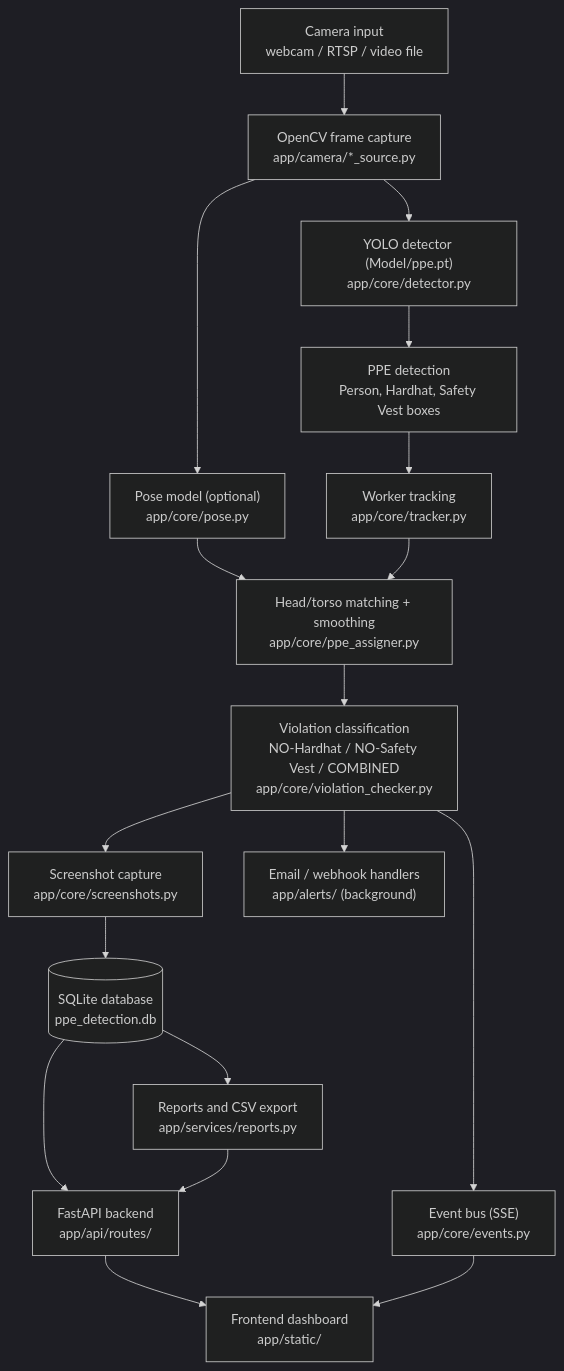
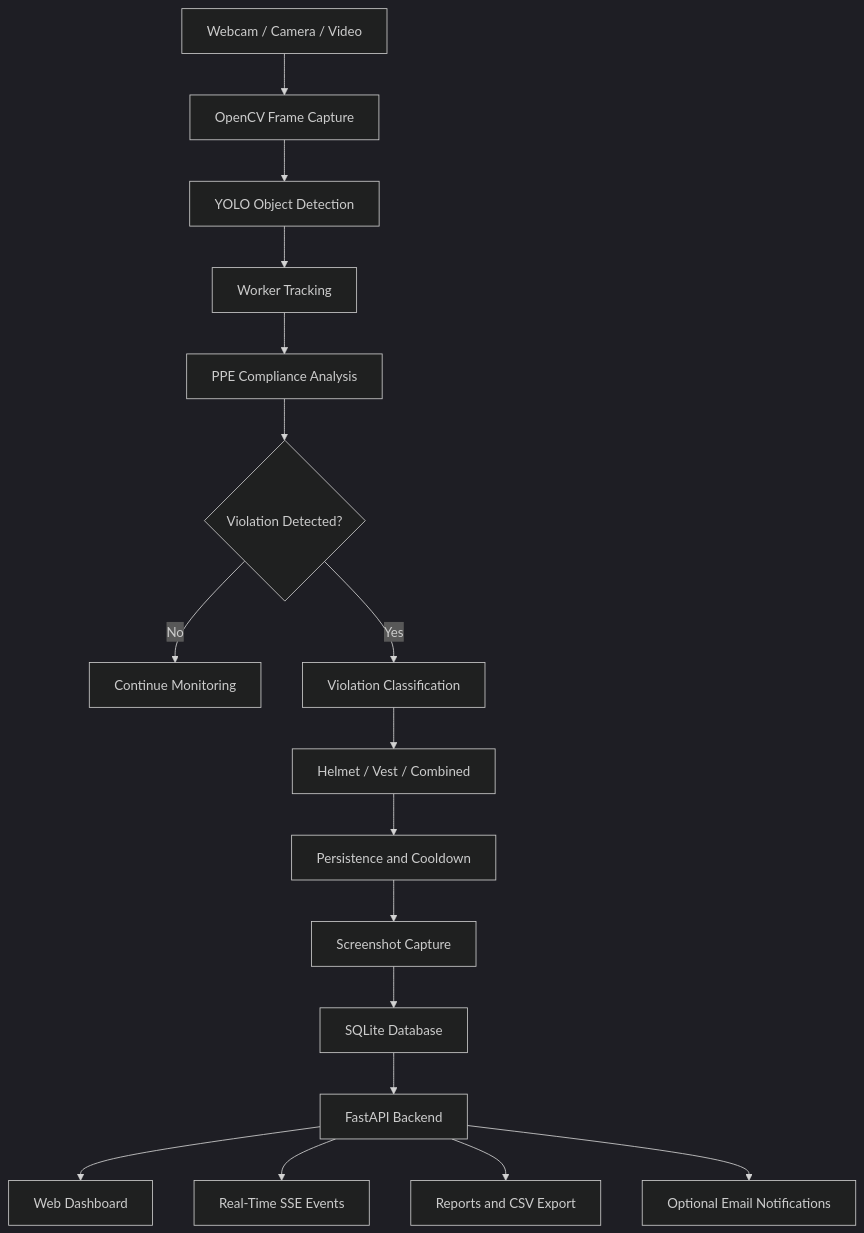
The diagram in README.md (nnaidev02Amer/Construction-PPE-Detection), drawn with Mermaid (dark theme) before and after one commit. The commit also changed other lines of this file, not shown here.

````diff
--- a/README.md
+++ b/README.md
@@ -119,20 +119,19 @@
 ```mermaid
 flowchart TD
-    A["Camera input<br/>webcam / RTSP / video file"] --> B["OpenCV frame capture<br/>app/camera/*_source.py"]
-    B --> C["YOLO detector (Model/ppe.pt)<br/>app/core/detector.py"]
-    B --> P["Pose model (optional)<br/>app/core/pose.py"]
-    C --> D["PPE detection<br/>Person, Hardhat, Safety Vest boxes"]
-    D --> E["Worker tracking<br/>app/core/tracker.py"]
-    P --> F
-    E --> F["Head/torso matching + smoothing<br/>app/core/ppe_assigner.py"]
-    F --> G["Violation classification<br/>NO-Hardhat / NO-Safety Vest / COMBINED<br/>app/core/violation_checker.py"]
-    G --> H["Screenshot capture<br/>app/core/screenshots.py"]
-    H --> I[("SQLite database<br/>ppe_detection.db")]
-    I --> J["FastAPI backend<br/>app/api/routes/"]
-    J --> K["Frontend dashboard<br/>app/static/"]
-    G --> L["Event bus (SSE)<br/>app/core/events.py"]
-    L --> K
-    G --> M["Email / webhook handlers<br/>app/alerts/ (background)"]
-    I --> N["Reports and CSV export<br/>app/services/reports.py"]
-    N --> J
+    A["Webcam / Camera / Video"] --> B["OpenCV Frame Capture"]
+    B --> C["YOLO Object Detection"]
+    C --> D["Worker Tracking"]
+    D --> E["PPE Compliance Analysis"]
+    E --> F{"Violation Detected?"}
+    F -->|No| G["Continue Monitoring"]
+    F -->|Yes| H["Violation Classification"]
+    H --> I["Helmet / Vest / Combined"]
+    I --> J["Persistence and Cooldown"]
+    J --> K["Screenshot Capture"]
+    K --> L["SQLite Database"]
+    L --> M["FastAPI Backend"]
+    M --> N["Web Dashboard"]
+    M --> O["Real-Time SSE Events"]
+    M --> P["Reports and CSV Export"]
+    M --> Q["Optional Email Notifications"]
 ```
````
